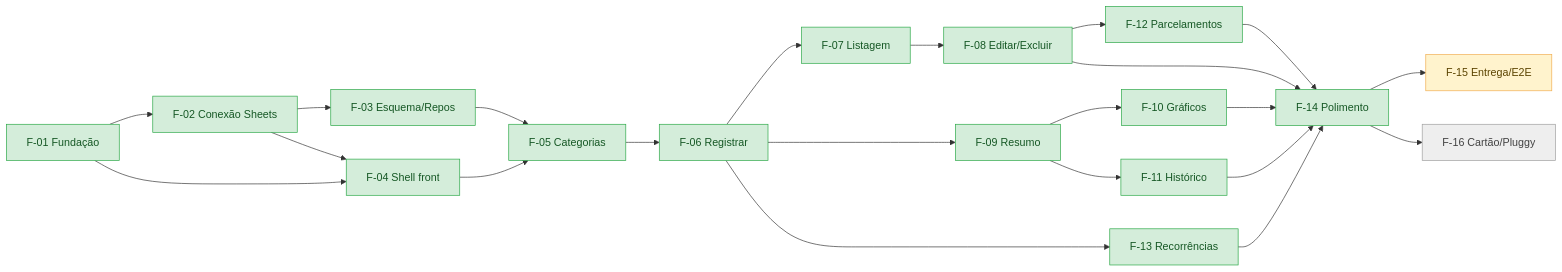
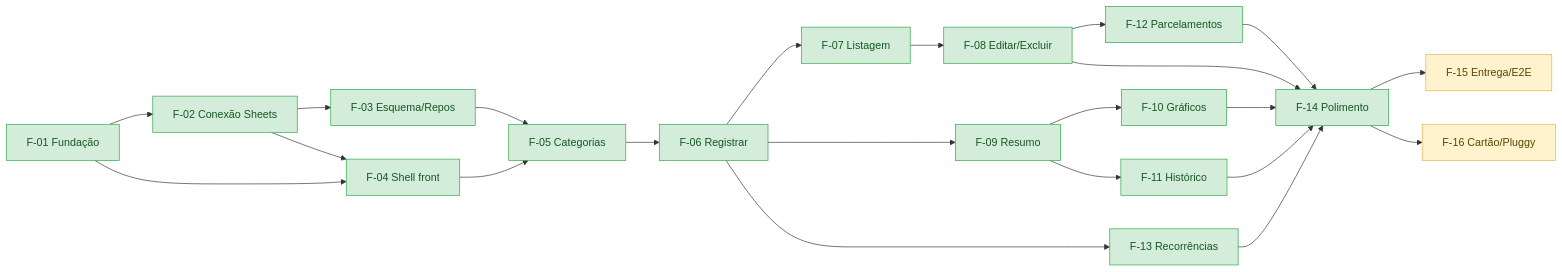
One commit to Pedrohcs/PlanilhaFinanceira changed the diagram in SPECS/05-acompanhamento.md. Above: the diagram before and after it, drawn with Mermaid. The commit also changed other lines of this file and 31 other files, not shown here.

Commit message:
T-036: implementa o schema v2 e o domínio da importação dos cartões

````diff
--- a/SPECS/05-acompanhamento.md
+++ b/SPECS/05-acompanhamento.md
@@ -68,25 +68,24 @@
 ```mermaid
 flowchart LR
     F01[F-01 Fundação] --> F02[F-02 Conexão Sheets] --> F03[F-03 Esquema/Repos]
     F01 --> F04[F-04 Shell front]
     F02 --> F04
     F03 --> F05[F-05 Categorias]
     F04 --> F05
     F05 --> F06[F-06 Registrar]
     F06 --> F07[F-07 Listagem] --> F08[F-08 Editar/Excluir]
     F06 --> F09[F-09 Resumo]
     F09 --> F10[F-10 Gráficos]
     F09 --> F11[F-11 Histórico]
     F08 --> F12[F-12 Parcelamentos]
     F06 --> F13[F-13 Recorrências]
     F08 & F10 & F11 & F12 & F13 --> F14[F-14 Polimento]
     F14 --> F15[F-15 Entrega/E2E]
     F14 --> F16[F-16 Cartão/Pluggy]
 
     classDef naoIniciada fill:#eeeeee,stroke:#9e9e9e,color:#424242;
     classDef iniciada fill:#fff3cd,stroke:#f0ad4e,color:#5c4400;
     classDef concluida fill:#d4edda,stroke:#28a745,color:#155724;
-    class F16 naoIniciada;
-    class F15 iniciada;
+    class F15,F16 iniciada;
     class F01,F02,F03,F04,F05,F06,F07,F08,F09,F10,F11,F12,F13,F14 concluida;
 ```
````
